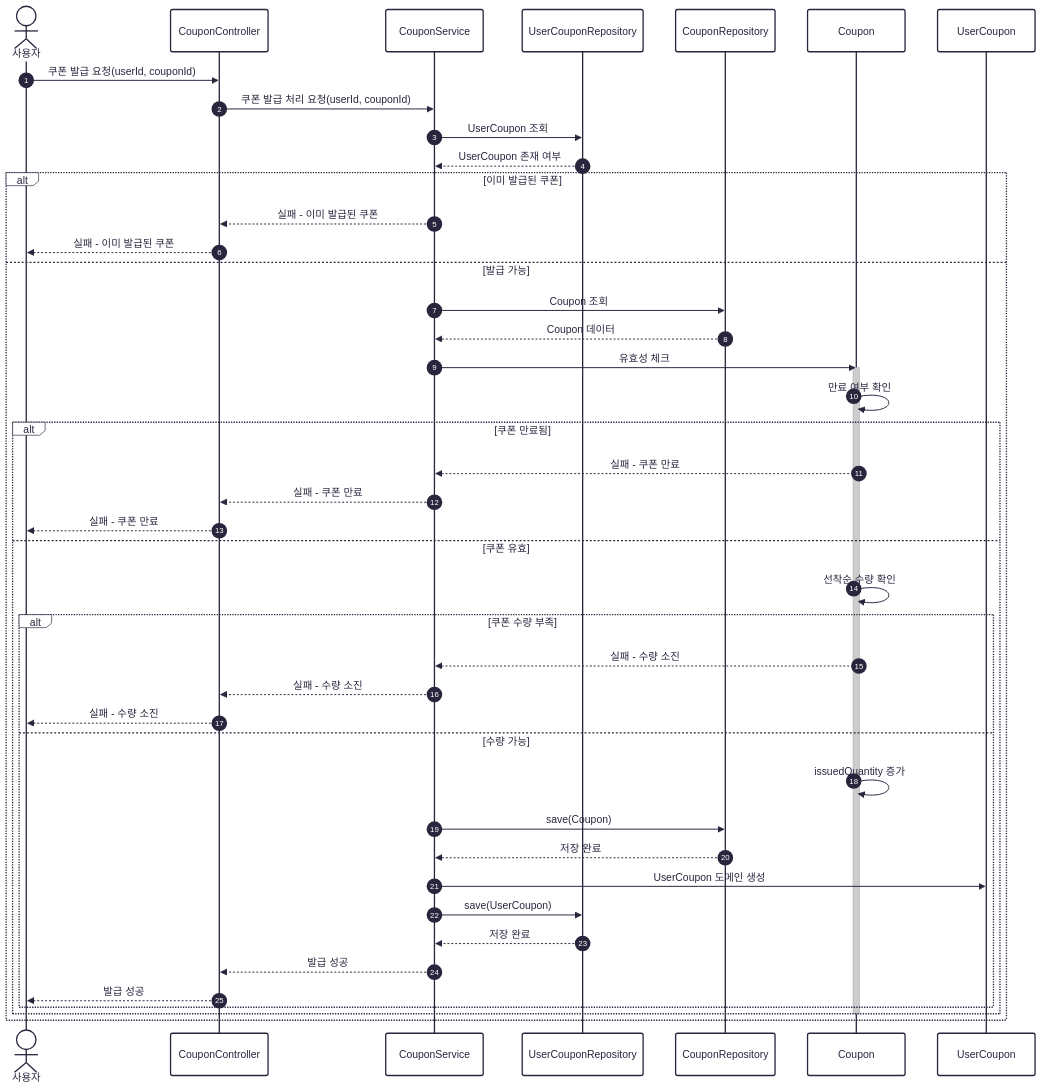
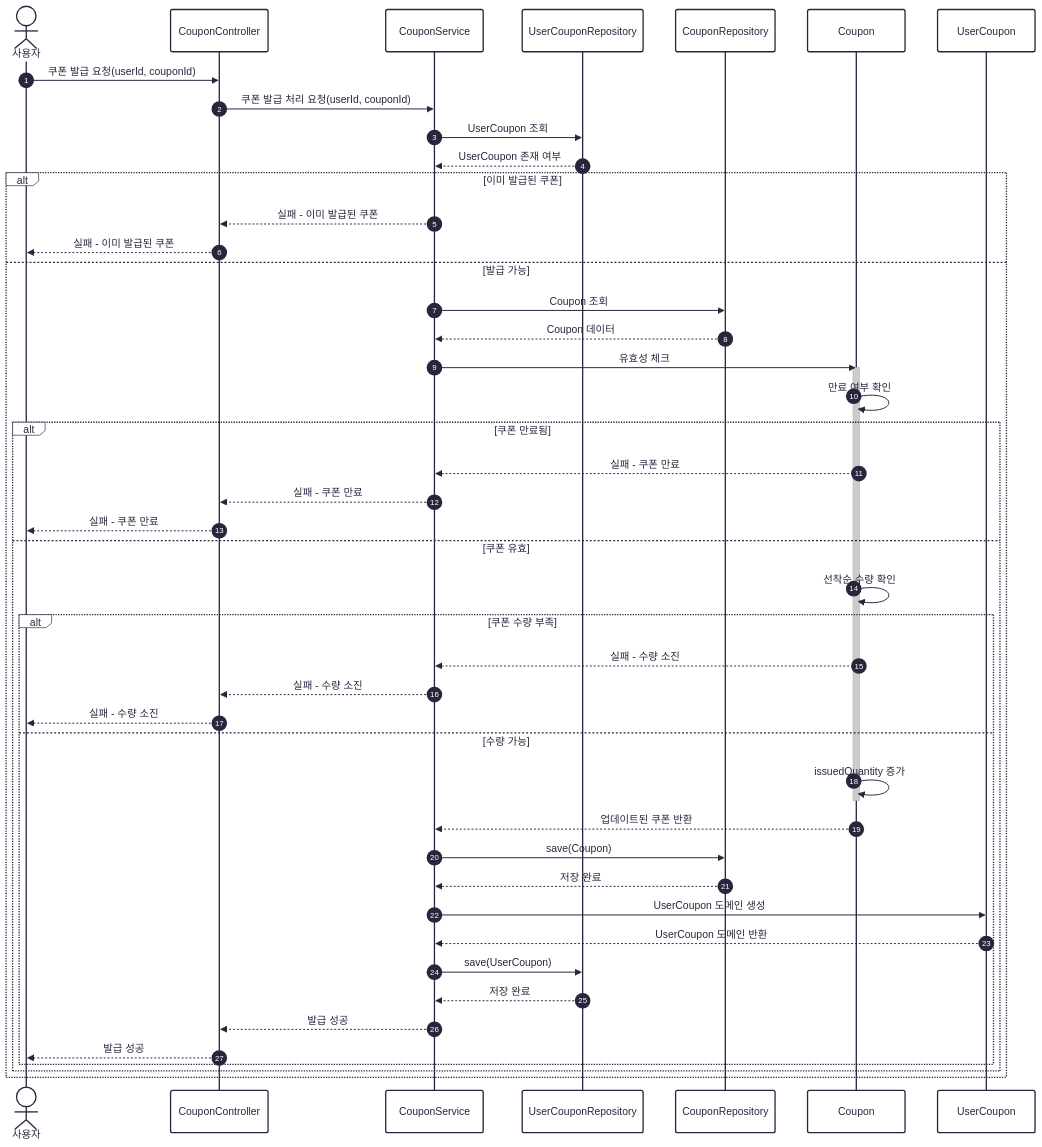
Before and after one commit to kdmstj/hanghae_ecommerce: the third of 8 diagrams in docs/sequence_diagram.md, drawn with Mermaid. The commit also changed other lines of this file, not shown here.

First line of the commit message:
chore: 시퀀스 다이어그램 개선

````diff
--- a/docs/sequence_diagram.md
+++ b/docs/sequence_diagram.md
@@ -69,58 +88,60 @@
 ```mermaid
 ---
 config:
   theme: redux
 ---
 sequenceDiagram
     autonumber
     actor User as 사용자
     participant CouponController
     User ->> CouponController: 쿠폰 발급 요청(userId, couponId)
 
     participant CouponService
     CouponController ->> CouponService: 쿠폰 발급 처리 요청(userId, couponId)
 
     %% 1. userId + couponId 로 UserCoupon 존재 여부 확인
     CouponService ->> UserCouponRepository: UserCoupon 조회
     UserCouponRepository -->> CouponService: UserCoupon 존재 여부
     alt 이미 발급된 쿠폰
         CouponService -->> CouponController: 실패 - 이미 발급된 쿠폰
         CouponController -->> User: 실패 - 이미 발급된 쿠폰
     else 발급 가능
         %% 2. couponId 로 Coupon 도메인 조회
         CouponService ->> CouponRepository: Coupon 조회
         CouponRepository -->> CouponService: Coupon 데이터
         CouponService ->> Coupon: 유효성 체크
 
         %% 3. Coupon 도메인 유효성 체크
         activate Coupon
         Coupon ->> Coupon: 만료 여부 확인
         alt 쿠폰 만료됨
             Coupon -->> CouponService: 실패 - 쿠폰 만료
             CouponService -->> CouponController: 실패 - 쿠폰 만료
             CouponController -->> User: 실패 - 쿠폰 만료
         else 쿠폰 유효
             Coupon ->> Coupon: 선착순 수량 확인
             alt 쿠폰 수량 부족
                 Coupon -->> CouponService: 실패 - 수량 소진
                 CouponService -->> CouponController: 실패 - 수량 소진
                 CouponController -->> User: 실패 - 수량 소진
             else 수량 가능
                 %% 4. 쿠폰 발급 처리
                 Coupon ->> Coupon: issuedQuantity 증가
+                deactivate Coupon
+                Coupon -->> CouponService: 업데이트된 쿠폰 반환
                 CouponService ->> CouponRepository: save(Coupon)
                 CouponRepository -->> CouponService: 저장 완료
 
                 %% 5. UserCoupon 도메인 생성
                 CouponService ->> UserCoupon: UserCoupon 도메인 생성
+                UserCoupon -->> CouponService: UserCoupon 도메인 반환
                 CouponService ->> UserCouponRepository: save(UserCoupon)
                 UserCouponRepository -->> CouponService: 저장 완료
 
                 %% 성공 응답
                 CouponService -->> CouponController: 발급 성공
                 CouponController -->> User: 발급 성공
             end
         end
-        deactivate Coupon
     end
 ```
````
